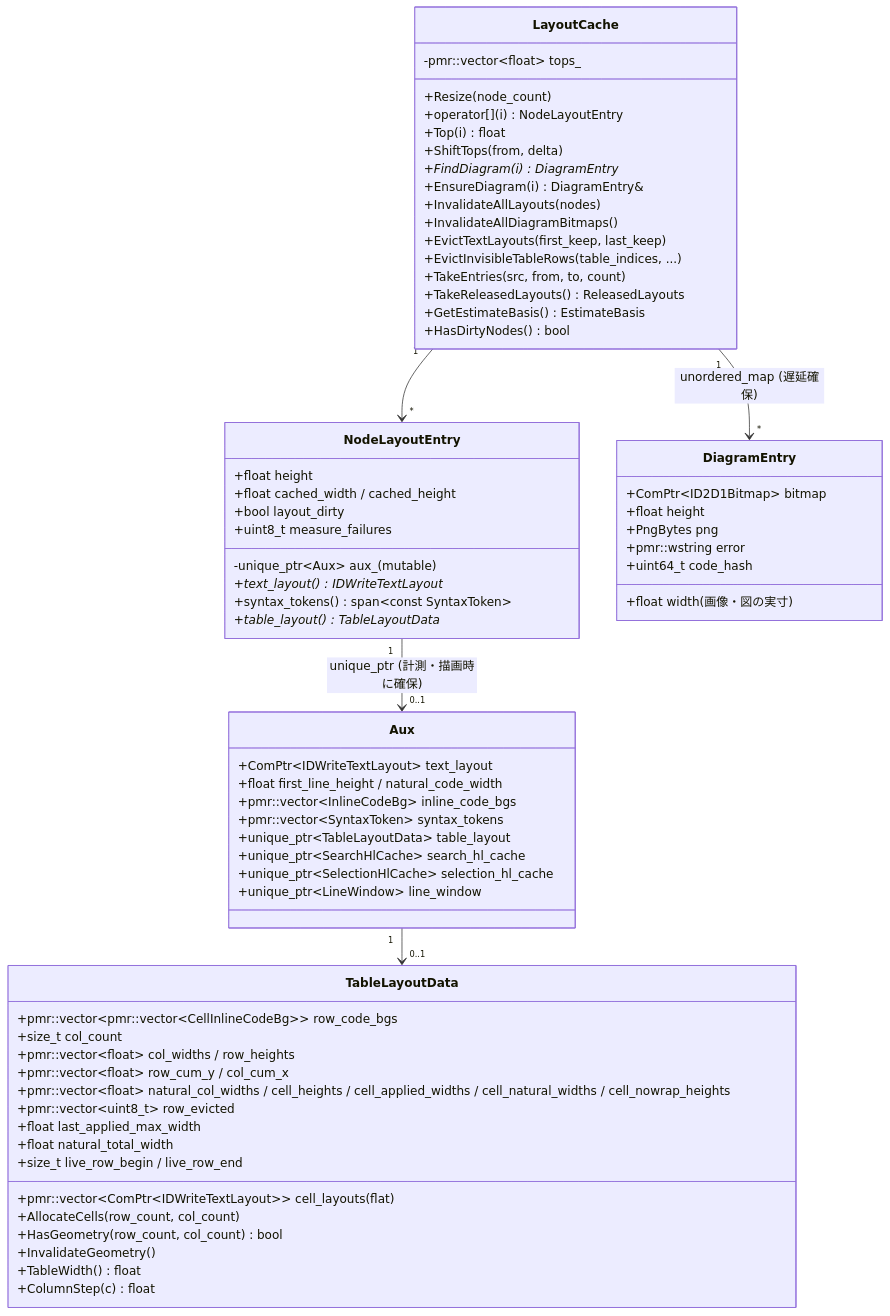
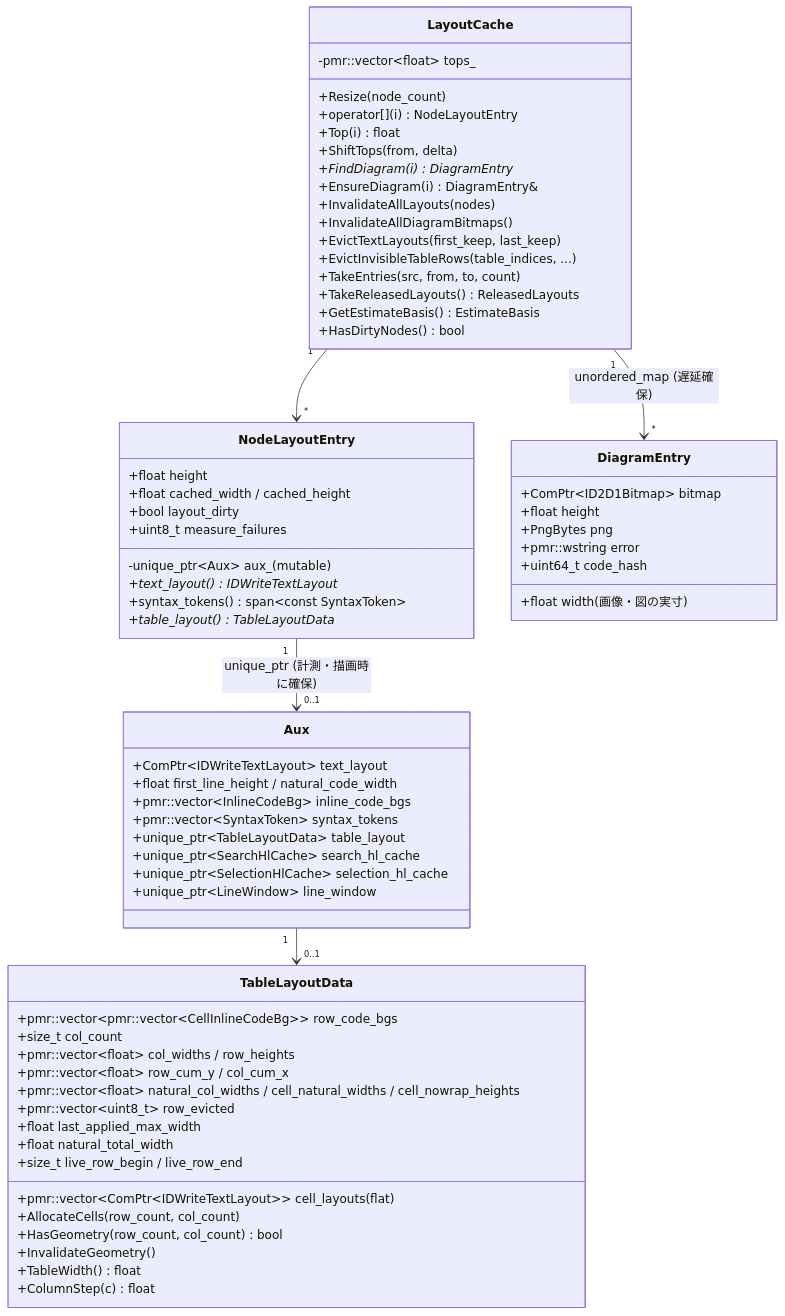
Before and after one commit to tanaton/mendo: diagram 16 of 27 in example/test.md, drawn with Mermaid. The commit also changed other lines of this file and 44 other files, not shown here.

````diff
--- a/example/test.md
+++ b/example/test.md
@@ -2963,74 +2957,74 @@
 ```mermaid
 classDiagram
     class LayoutCache {
         +Resize(node_count)
         +operator[](i) NodeLayoutEntry
         +Top(i) float
         +ShiftTops(from, delta)
         +FindDiagram(i) DiagramEntry*
         +EnsureDiagram(i) DiagramEntry&
         +InvalidateAllLayouts(nodes)
         +InvalidateAllDiagramBitmaps()
         +EvictTextLayouts(first_keep, last_keep)
         +EvictInvisibleTableRows(table_indices, ...)
         +TakeEntries(src, from, to, count)
         +TakeReleasedLayouts() ReleasedLayouts
         +GetEstimateBasis() EstimateBasis
         +HasDirtyNodes() bool
         -pmr::vector~float~ tops_
     }
 
     class NodeLayoutEntry {
         +float height
         +float cached_width / cached_height
         +bool layout_dirty
         +uint8_t measure_failures
         -unique_ptr~Aux~ aux_ (mutable)
         +text_layout() IDWriteTextLayout*
         +syntax_tokens() span~const SyntaxToken~
         +table_layout() TableLayoutData*
     }
 
     class Aux {
         +ComPtr~IDWriteTextLayout~ text_layout
         +float first_line_height / natural_code_width
         +pmr::vector~InlineCodeBg~ inline_code_bgs
         +pmr::vector~SyntaxToken~ syntax_tokens
         +unique_ptr~TableLayoutData~ table_layout
         +unique_ptr~SearchHlCache~ search_hl_cache
         +unique_ptr~SelectionHlCache~ selection_hl_cache
         +unique_ptr~LineWindow~ line_window
     }
 
     class TableLayoutData {
         +pmr::vector~ComPtr~IDWriteTextLayout~~ cell_layouts (flat)
         +pmr::vector~pmr::vector~CellInlineCodeBg~~ row_code_bgs
         +size_t col_count
         +pmr::vector~float~ col_widths / row_heights
         +pmr::vector~float~ row_cum_y / col_cum_x
-        +pmr::vector~float~ natural_col_widths / cell_heights / cell_applied_widths / cell_natural_widths / cell_nowrap_heights
+        +pmr::vector~float~ natural_col_widths / cell_natural_widths / cell_nowrap_heights
         +pmr::vector~uint8_t~ row_evicted
         +float last_applied_max_width
         +float natural_total_width
         +size_t live_row_begin / live_row_end
         +AllocateCells(row_count, col_count)
         +HasGeometry(row_count, col_count) bool
         +InvalidateGeometry()
         +TableWidth() float
         +ColumnStep(c) float
     }
 
     class DiagramEntry {
         +ComPtr~ID2D1Bitmap~ bitmap
         +float width (画像・図の実寸)
         +float height
         +PngBytes png
         +pmr::wstring error
         +uint64_t code_hash
     }
 
     LayoutCache "1" --> "*" NodeLayoutEntry
     LayoutCache "1" --> "*" DiagramEntry : unordered_map (遅延確保)
     NodeLayoutEntry "1" --> "0..1" Aux : unique_ptr (計測・描画時に確保)
     Aux "1" --> "0..1" TableLayoutData
 ```
````
